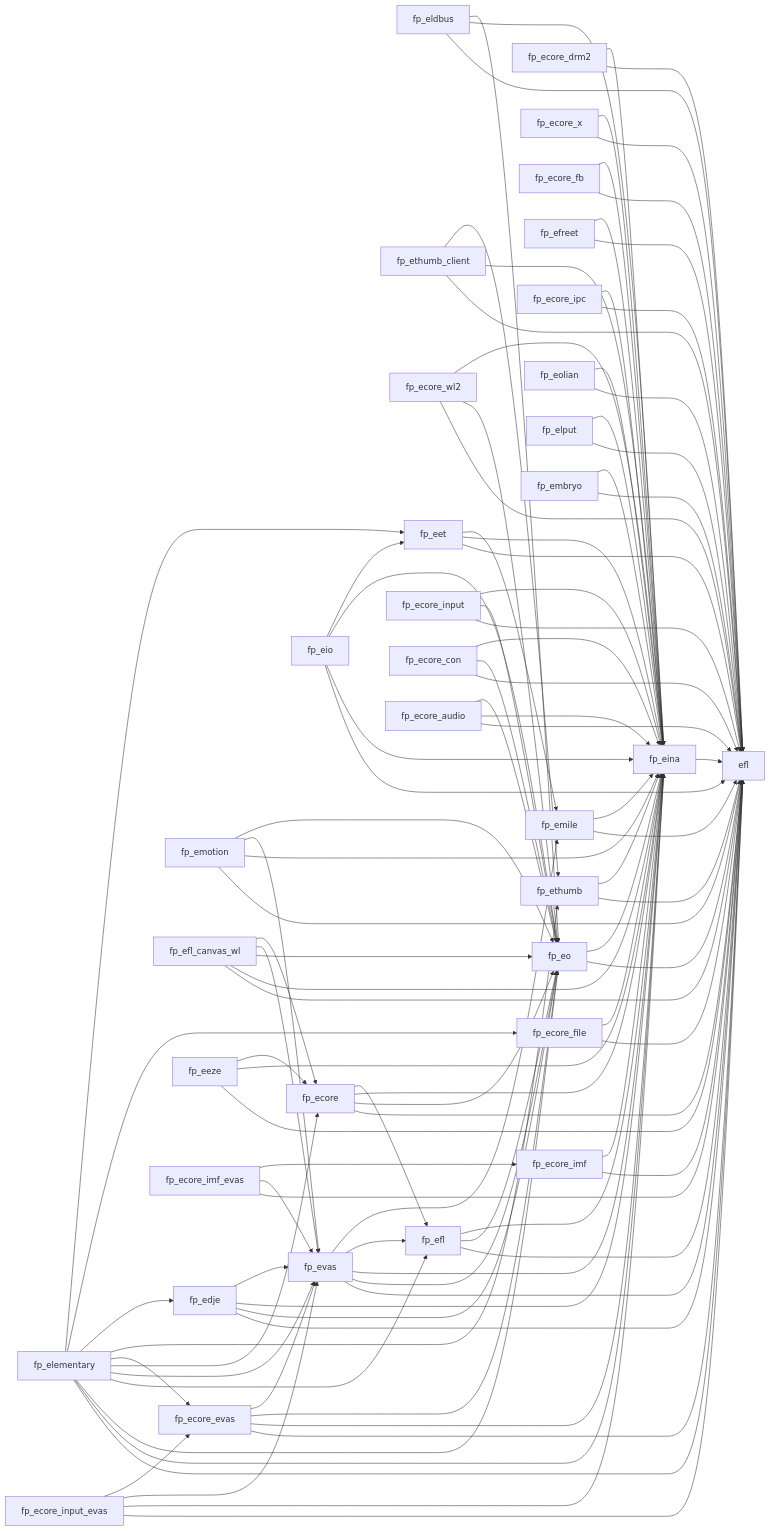
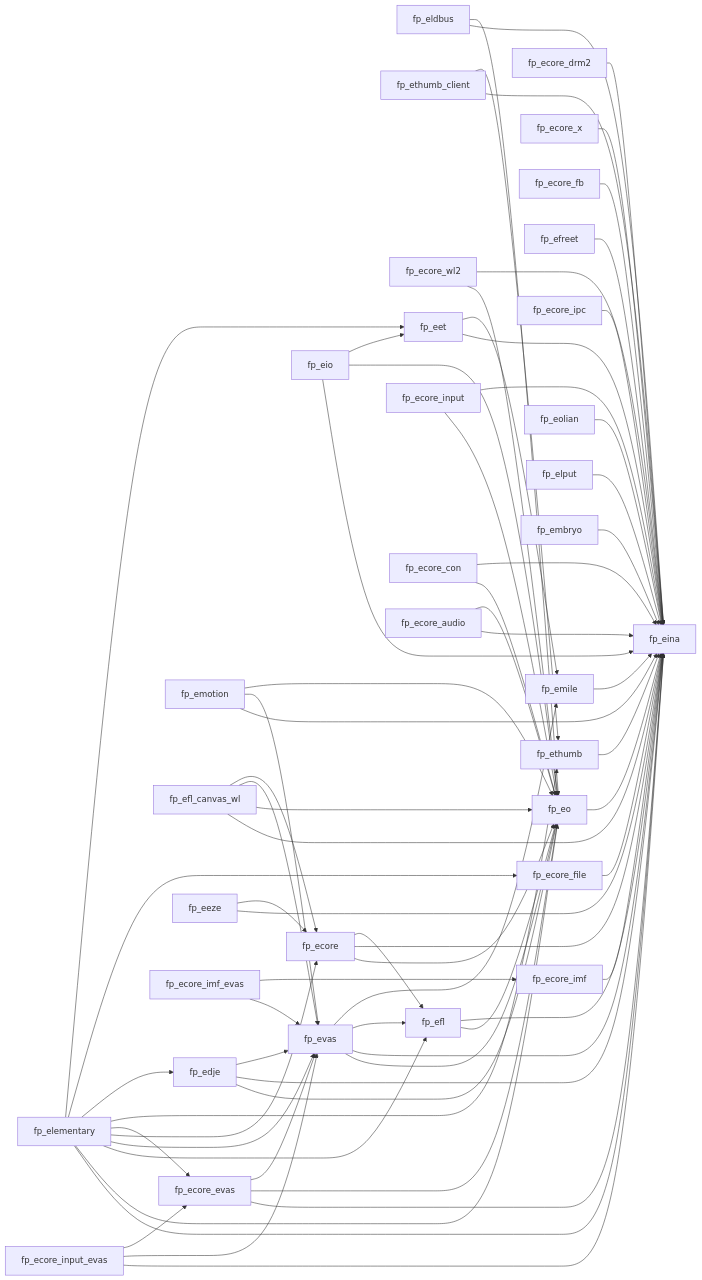
Before and after one commit to sechshelme/Lazarus-GNOME-GTK4-Packages_and_Examples: the diagram in advancedpackages/efl/readme.md, drawn with Mermaid. The commit also changed 5 other files, not shown here.

````diff
--- a/advancedpackages/efl/readme.md
+++ b/advancedpackages/efl/readme.md
@@ -1,76 +1,50 @@
 ```mermaid
 flowchart LR
-    fp_eo --> efl
     fp_eo --> fp_eina
-    fp_eldbus --> efl
     fp_eldbus --> fp_eina
     fp_eldbus --> fp_eo
-    fp_ecore_drm2 --> efl
     fp_ecore_drm2 --> fp_eina
-    fp_ethumb_client --> efl
     fp_ethumb_client --> fp_eina
     fp_ethumb_client --> fp_ethumb
-    fp_ecore_wl2 --> efl
     fp_ecore_wl2 --> fp_eo
     fp_ecore_wl2 --> fp_eina
-    fp_eina --> efl
-    fp_ecore_x --> efl
     fp_ecore_x --> fp_eina
-    fp_ecore_input_evas --> efl
     fp_ecore_input_evas --> fp_eina
     fp_ecore_input_evas --> fp_evas
     fp_ecore_input_evas --> fp_ecore_evas
-    fp_efl --> efl
     fp_efl --> fp_eo
     fp_efl --> fp_eina
-    fp_ecore_fb --> efl
     fp_ecore_fb --> fp_eina
-    fp_efreet --> efl
     fp_efreet --> fp_eina
-    fp_evas --> efl
     fp_evas --> fp_eo
     fp_evas --> fp_eina
     fp_evas --> fp_efl
     fp_evas --> fp_emile
-    fp_eio --> efl
     fp_eio --> fp_eina
     fp_eio --> fp_eo
     fp_eio --> fp_eet
-    fp_ecore_evas --> efl
     fp_ecore_evas --> fp_eina
     fp_ecore_evas --> fp_eo
     fp_ecore_evas --> fp_evas
-    fp_eet --> efl
     fp_eet --> fp_eina
     fp_eet --> fp_emile
-    fp_ecore_ipc --> efl
     fp_ecore_ipc --> fp_eina
-    fp_emile --> efl
     fp_emile --> fp_eina
-    fp_ecore_file --> efl
     fp_ecore_file --> fp_eina
-    fp_ecore_input --> efl
     fp_ecore_input --> fp_eo
     fp_ecore_input --> fp_eina
-    fp_ecore_imf --> efl
     fp_ecore_imf --> fp_eina
-    fp_emotion --> efl
     fp_emotion --> fp_eina
     fp_emotion --> fp_evas
     fp_emotion --> fp_eo
-    fp_eolian --> efl
     fp_eolian --> fp_eina
-    fp_ecore_con --> efl
     fp_ecore_con --> fp_eo
     fp_ecore_con --> fp_eina
-    fp_efl_canvas_wl --> efl
     fp_efl_canvas_wl --> fp_eina
     fp_efl_canvas_wl --> fp_eo
     fp_efl_canvas_wl --> fp_evas
     fp_efl_canvas_wl --> fp_ecore
-    fp_ethumb --> efl
     fp_ethumb --> fp_eina
-    fp_elementary --> efl
     fp_elementary --> fp_eina
     fp_elementary --> fp_eo
     fp_elementary --> fp_efl
@@ -81,25 +55,18 @@
     fp_elementary --> fp_edje
     fp_elementary --> fp_ecore_file
     fp_elementary --> fp_eet
-    fp_edje --> efl
     fp_edje --> fp_eo
     fp_edje --> fp_eina
     fp_edje --> fp_evas
-    fp_eeze --> efl
     fp_eeze --> fp_eina
     fp_eeze --> fp_ecore
-    fp_ecore_imf_evas --> efl
     fp_ecore_imf_evas --> fp_evas
     fp_ecore_imf_evas --> fp_ecore_imf
-    fp_elput --> efl
     fp_elput --> fp_eina
-    fp_ecore_audio --> efl
     fp_ecore_audio --> fp_eina
     fp_ecore_audio --> fp_eo
-    fp_ecore --> efl
     fp_ecore --> fp_eo
     fp_ecore --> fp_eina
     fp_ecore --> fp_efl
-    fp_embryo --> efl
     fp_embryo --> fp_eina
 ```
````
